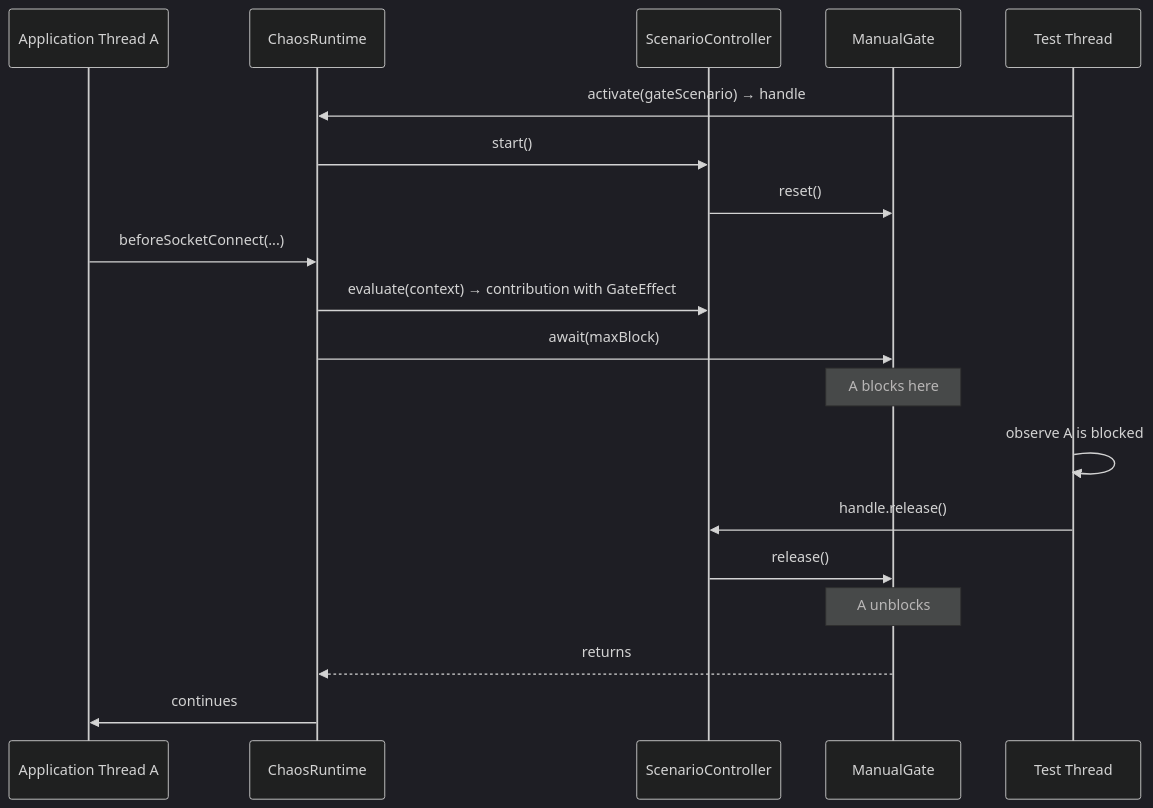
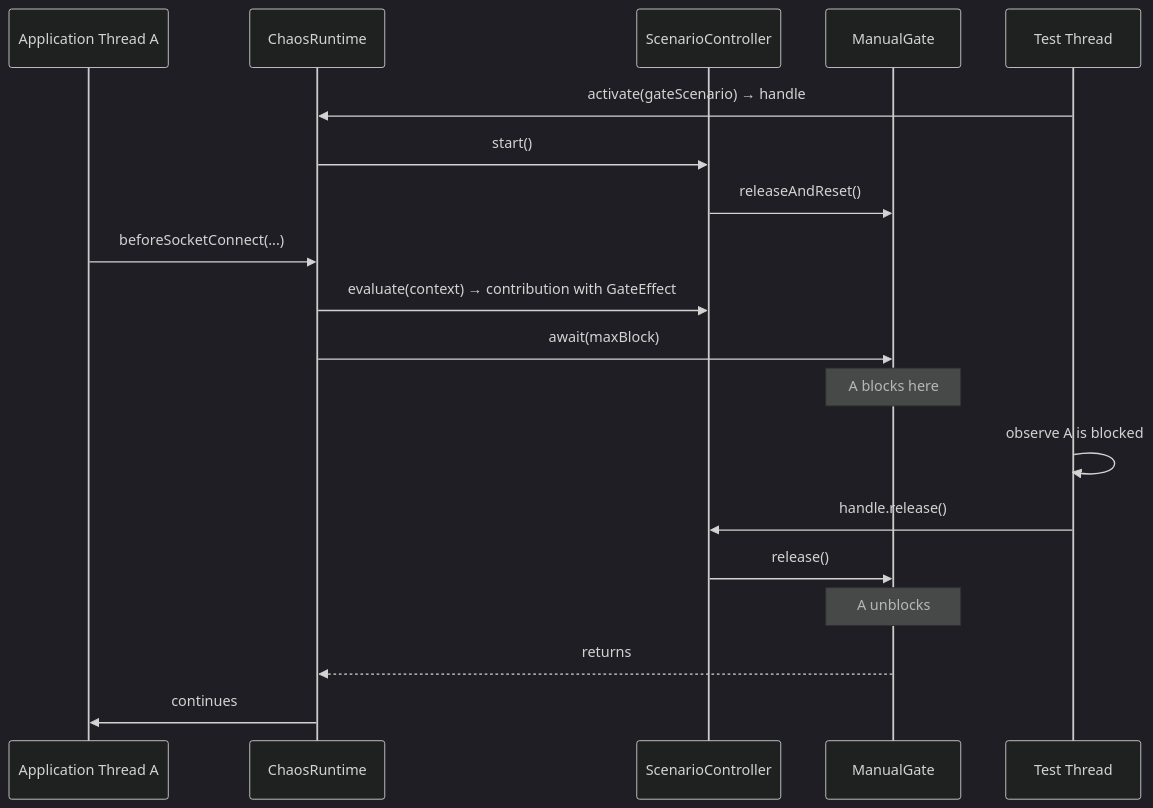
The second of 2 diagrams in docs/core.md (macstab/macstab-chaos-jvm-agent), drawn with Mermaid (dark theme) before and after one commit. The commit also changed other lines of this file and 5 other files, not shown here.

````diff
--- a/docs/core.md
+++ b/docs/core.md
@@ -333,21 +346,21 @@
 ```mermaid
 sequenceDiagram
   participant A as Application Thread A
   participant CR as ChaosRuntime
   participant SC as ScenarioController
   participant G as ManualGate
   participant T as Test Thread
   T->>CR: activate(gateScenario) → handle
   CR->>SC: start()
-  SC->>G: reset()
+  SC->>G: releaseAndReset()
   A->>CR: beforeSocketConnect(...)
   CR->>SC: evaluate(context) → contribution with GateEffect
   CR->>G: await(maxBlock)
   Note over G: A blocks here
   T->>T: observe A is blocked
   T->>SC: handle.release()
   SC->>G: release()
   Note over G: A unblocks
   G-->>CR: returns
   CR->>A: continues
 ```
````
